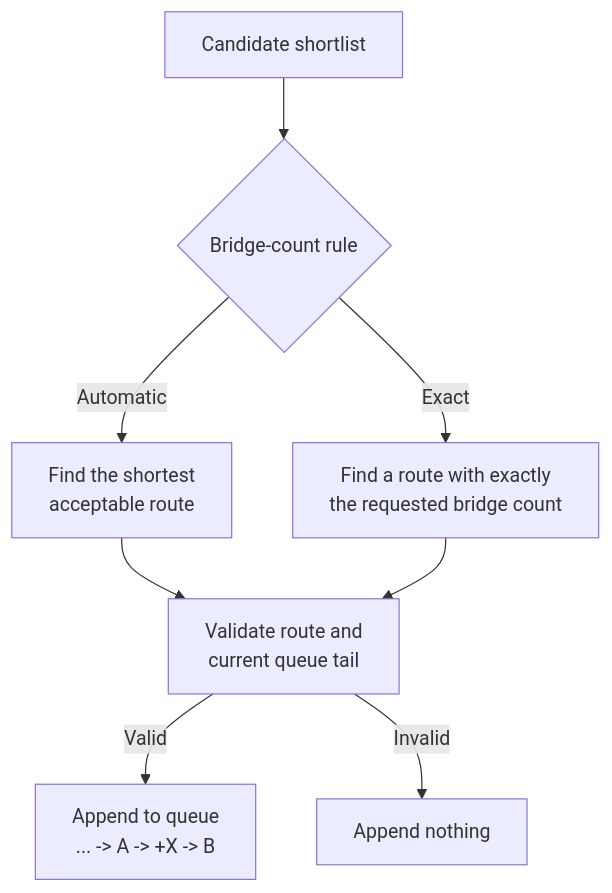
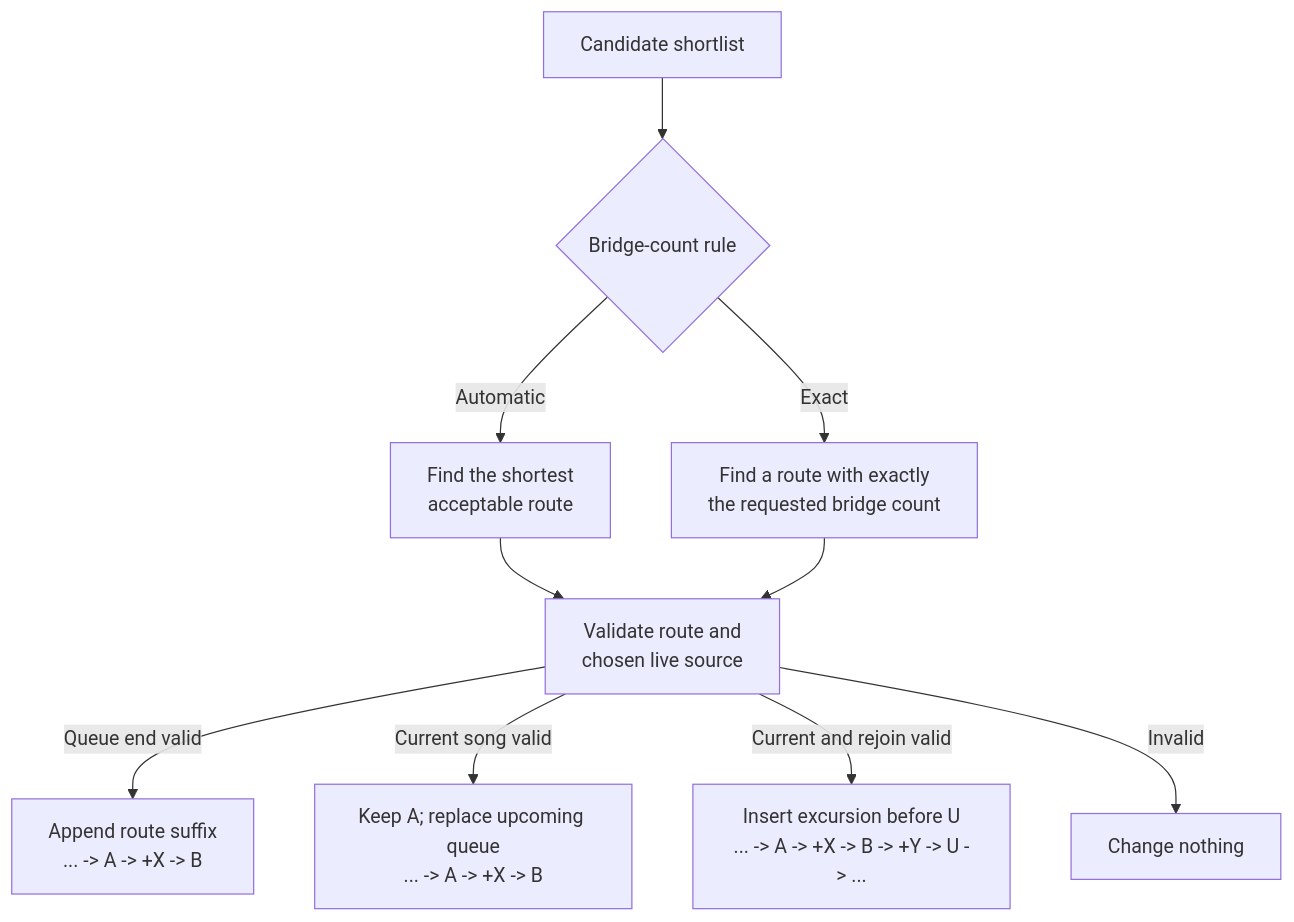
Before and after one commit to chrober/lms-better-call-bliss: the fourth of 13 diagrams in ALGORITHMS.md, drawn with Mermaid. The commit also changed other lines of this file and 21 other files, not shown here.

```diff
--- a/ALGORITHMS.md
+++ b/ALGORITHMS.md
@@ -200,10 +212,12 @@
 ~~~mermaid
 flowchart TD
     S["Candidate shortlist"] --> M{"Bridge-count rule"}
     M -- Automatic --> A["Find the shortest<br/>acceptable route"]
     M -- Exact --> E["Find a route with exactly<br/>the requested bridge count"]
-    A --> V["Validate route and<br/>current queue tail"]
+    A --> V["Validate route and<br/>chosen live source"]
     E --> V
-    V -- Valid --> O["Append to queue<br/>... -> A -> +X -> B"]
-    V -- Invalid --> F["Append nothing"]
+    V -- Queue end valid --> O["Append route suffix<br/>... -> A -> +X -> B"]
+    V -- Current song valid --> N["Keep A; replace upcoming queue<br/>... -> A -> +X -> B"]
+    V -- Current and rejoin valid --> R["Insert excursion before U<br/>... -> A -> +X -> B -> +Y -> U -> ..."]
+    V -- Invalid --> F["Change nothing"]
 ~~~
```
